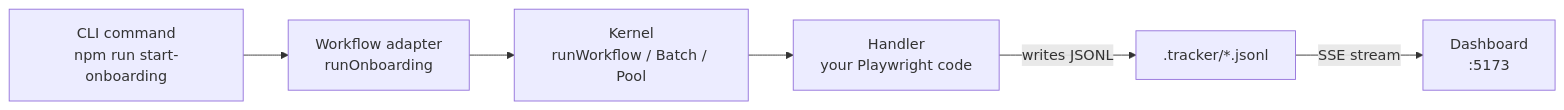
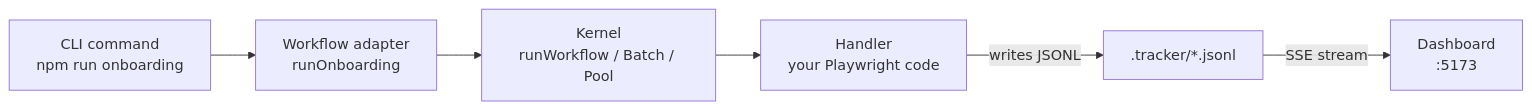
Before and after one commit to julianthant/hr-automation: the first of 16 diagrams in docs/architecture-deep-dive.md, drawn with Mermaid. The commit also changed other lines of this file and 10 other files, not shown here.

First line of the commit message:
refactor(cli): consolidate start-onboarding into onboarding

````diff
--- a/docs/architecture-deep-dive.md
+++ b/docs/architecture-deep-dive.md
@@ -38,8 +38,8 @@
 ```mermaid
 flowchart LR
-    A[CLI command<br/>npm run start-onboarding] --> B[Workflow adapter<br/>runOnboarding]
+    A[CLI command<br/>npm run onboarding] --> B[Workflow adapter<br/>runOnboarding]
     B --> C[Kernel<br/>runWorkflow / Batch / Pool]
     C --> D[Handler<br/>your Playwright code]
     D -->|writes JSONL| E[.tracker/*.jsonl]
     E -->|SSE stream| F[Dashboard<br/>:5173]
 ```
````
